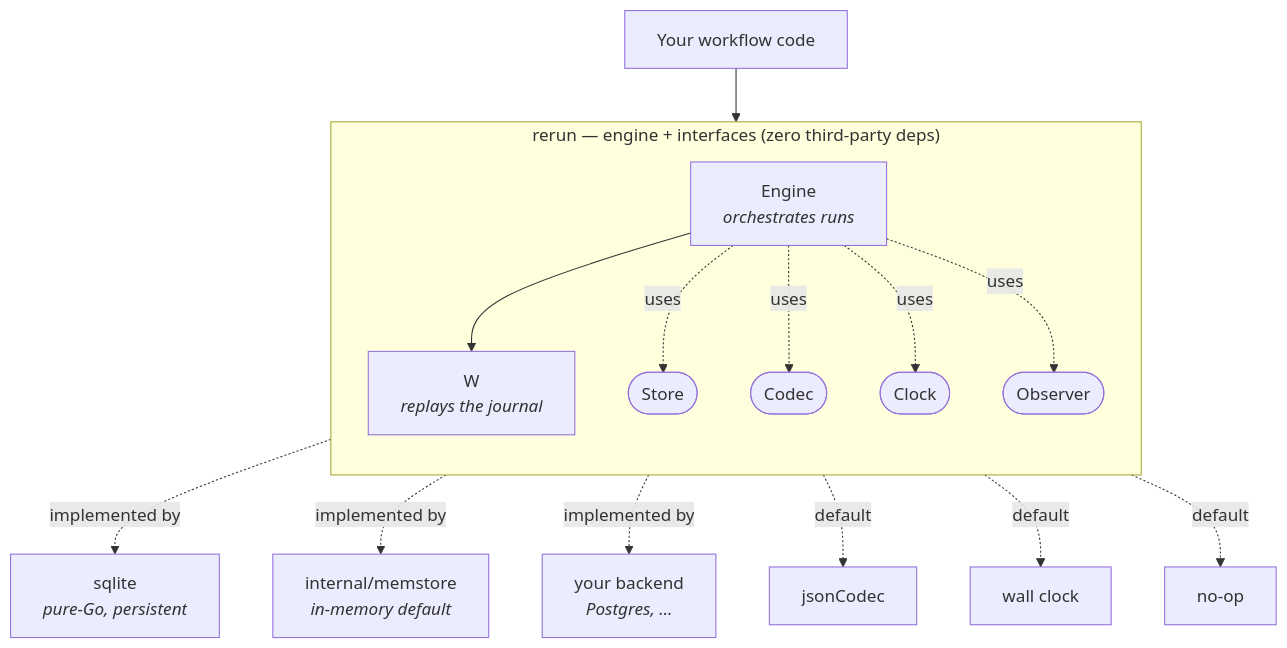
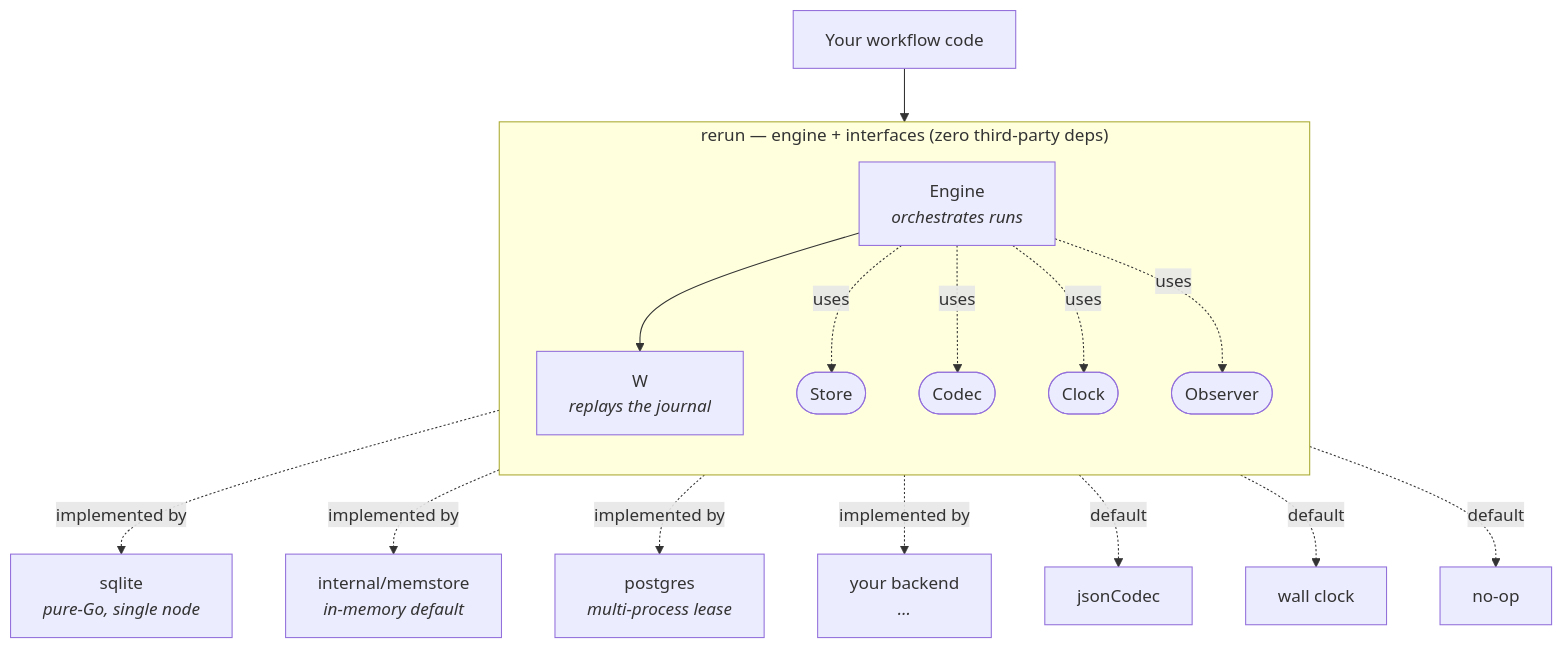
One commit to sylvester-francis/rerun changed the fifth of 6 diagrams in README.md. Above: the diagram before and after it, drawn with Mermaid. The commit also changed other lines of this file and 49 other files, not shown here.

````diff
--- a/README.md
+++ b/README.md
@@ -247,22 +256,23 @@
 ```mermaid
 flowchart TD
     User["Your workflow code"] --> Engine
 
     subgraph Core["rerun — engine + interfaces (zero third-party deps)"]
       direction TB
       Engine["Engine<br/><i>orchestrates runs</i>"]
       W["W<br/><i>replays the journal</i>"]
       Engine --> W
       Engine -. "uses" .-> Store([Store])
       Engine -. "uses" .-> Codec([Codec])
       Engine -. "uses" .-> Clock([Clock])
       Engine -. "uses" .-> Observer([Observer])
     end
 
-    Store -.->|implemented by| SQLite["sqlite<br/><i>pure-Go, persistent</i>"]
+    Store -.->|implemented by| SQLite["sqlite<br/><i>pure-Go, single node</i>"]
     Store -.->|implemented by| Mem["internal/memstore<br/><i>in-memory default</i>"]
-    Store -.->|implemented by| PG["your backend<br/><i>Postgres, …</i>"]
+    Store -.->|implemented by| PG["postgres<br/><i>multi-process lease</i>"]
+    Store -.->|implemented by| Own["your backend<br/><i>…</i>"]
     Codec -.->|default| JSON["jsonCodec"]
     Clock -.->|default| Wall["wall clock"]
     Observer -.->|default| Noop["no-op"]
 ```
````
